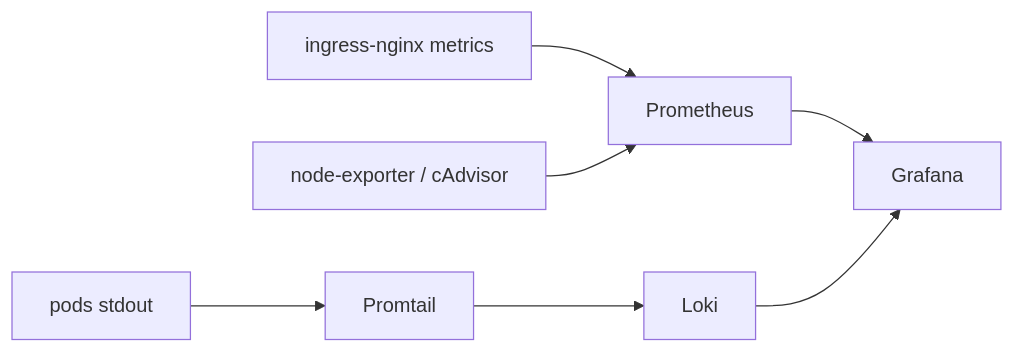
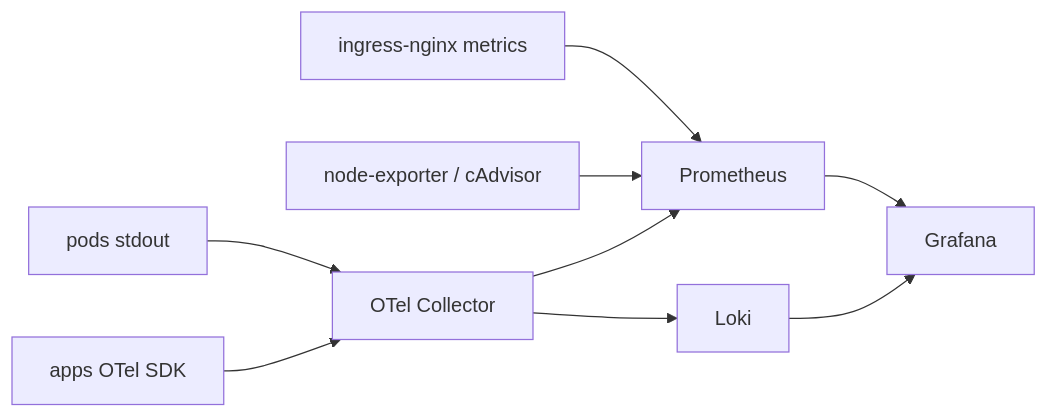
Before and after one commit to FIAP-Teach-Challenge-2/toggle-master-infra: the diagram in docs/MONITORING.md, drawn with Mermaid. The commit also changed other lines of this file and 15 other files, not shown here.

First line of the commit message:
feat(otel): implementa observabilidade completa com OpenTelemetry Collector e New Relic

````diff
--- a/docs/MONITORING.md
+++ b/docs/MONITORING.md
@@ -8,8 +8,9 @@
 ```mermaid
 flowchart LR
   ingress[ingress-nginx metrics] --> prom[Prometheus]
   nodes[node-exporter / cAdvisor] --> prom
-  pods[pods stdout] --> promtail[Promtail] --> loki[Loki]
+  pods[pods stdout] --> otel[OTel Collector] --> loki[Loki]
+  apps[apps OTel SDK] --> otel --> prom
   prom --> grafana[Grafana]
   loki --> grafana
 ```
````
